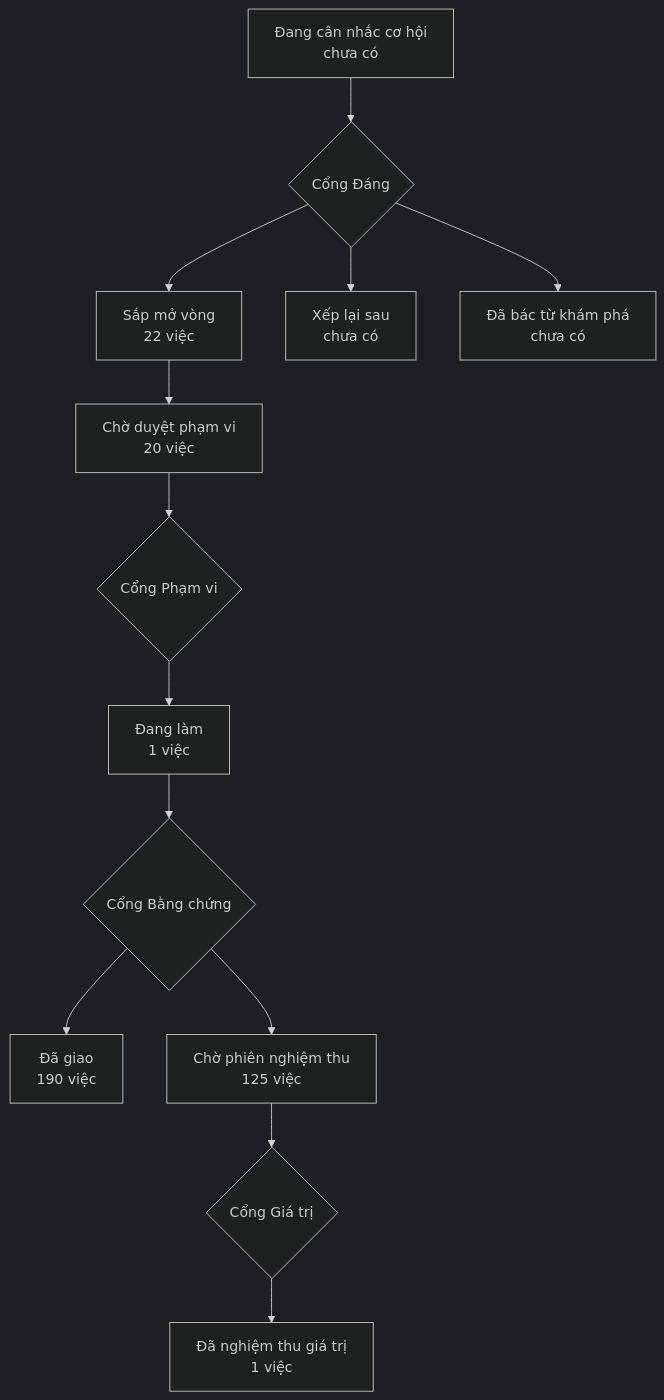
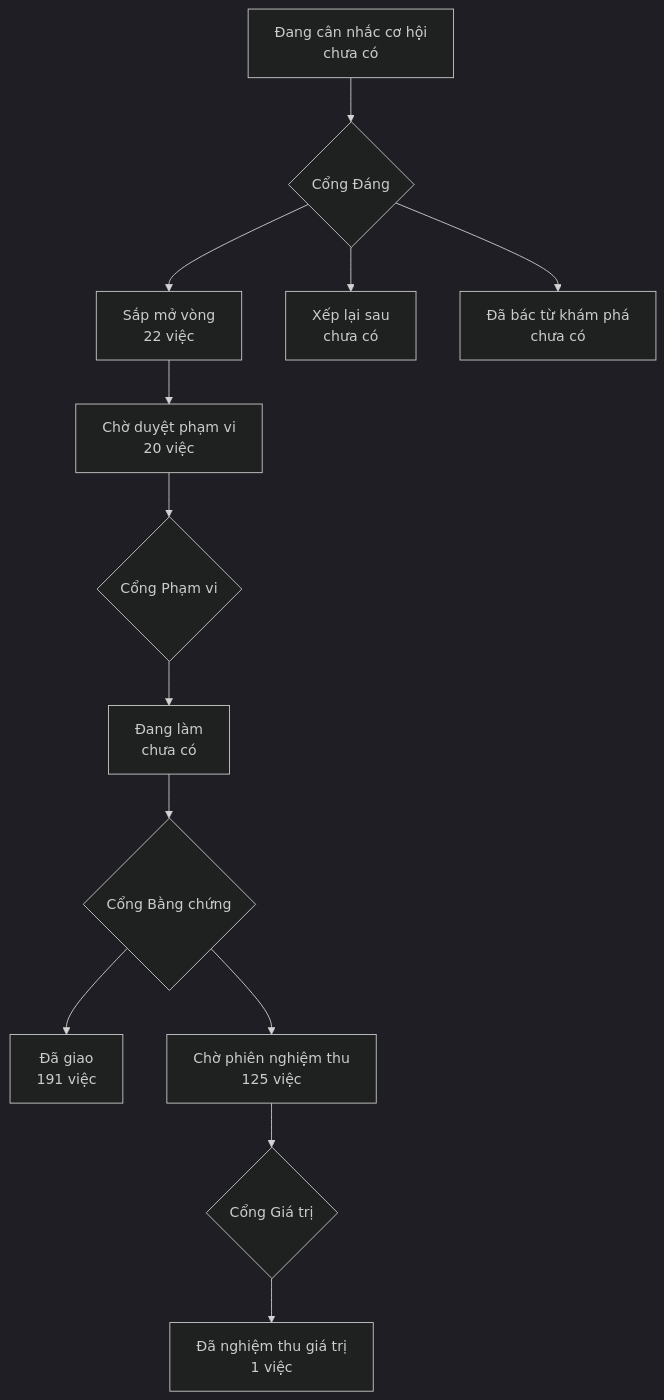
Before and after one commit to phanlemanh/onehub-invest: the diagram in PRODUCT-MAP.md, drawn with Mermaid (dark theme). The commit also changed other lines of this file and 6 other files, not shown here.

````diff
--- a/PRODUCT-MAP.md
+++ b/PRODUCT-MAP.md
@@ -7,12 +7,12 @@
 ```mermaid
 flowchart TD
   A["Đang cân nhắc cơ hội<br/>chưa có"] --> GD{"Cổng Đáng"}
   GD --> B["Sắp mở vòng<br/>22 việc"]
   GD --> XL["Xếp lại sau<br/>chưa có"]
   GD --> DB["Đã bác từ khám phá<br/>chưa có"]
   B --> CD["Chờ duyệt phạm vi<br/>20 việc"] --> GP{"Cổng Phạm vi"}
-  GP --> DL["Đang làm<br/>1 việc"] --> GB{"Cổng Bằng chứng"}
-  GB --> DG["Đã giao<br/>190 việc"]
+  GP --> DL["Đang làm<br/>chưa có"] --> GB{"Cổng Bằng chứng"}
+  GB --> DG["Đã giao<br/>191 việc"]
   GB --> CN["Chờ phiên nghiệm thu<br/>125 việc"] --> GG{"Cổng Giá trị"}
   GG --> NT["Đã nghiệm thu giá trị<br/>1 việc"]
 ```
````
